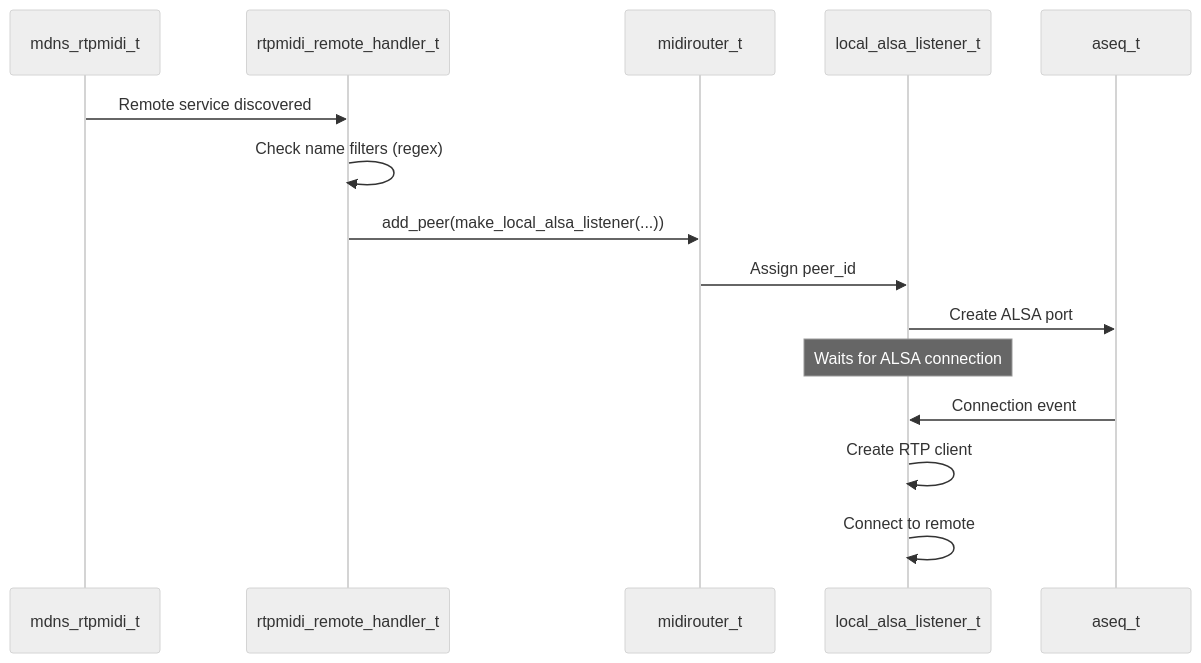
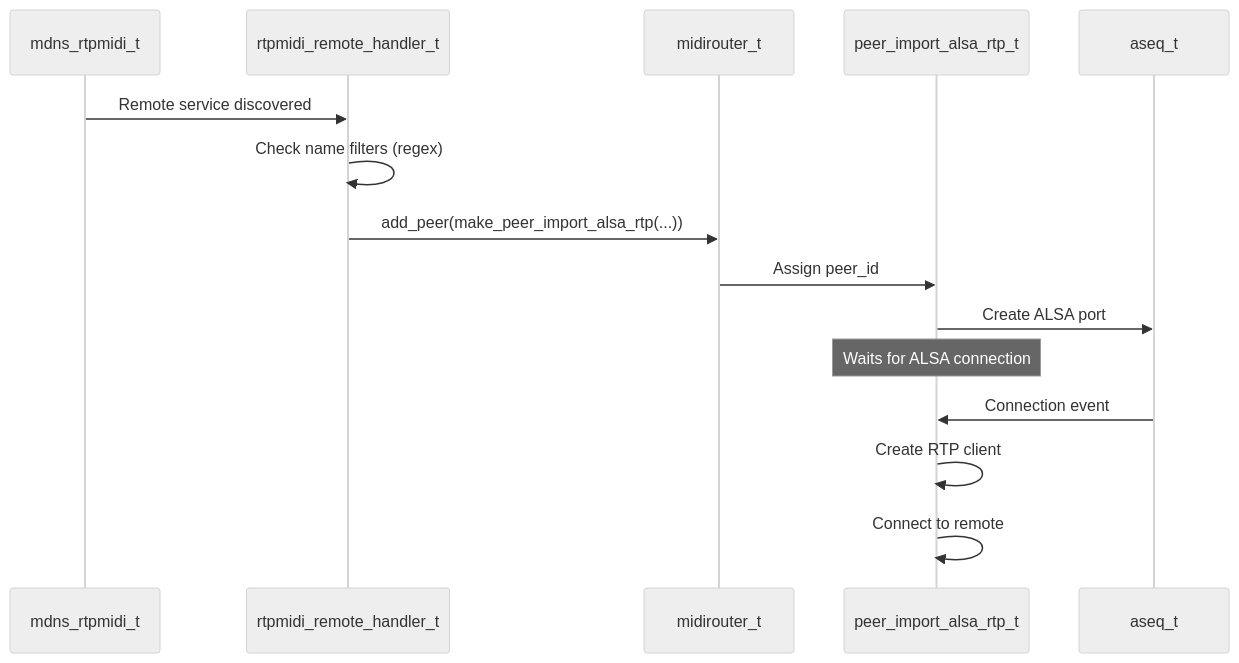
One commit to davidmoreno/rtpmidid changed the fifth of 5 diagrams in AGENTS.md. Above: the diagram before and after it, drawn with Mermaid (neutral theme). The commit also changed other lines of this file and 58 other files, not shown here.

````diff
--- a/AGENTS.md
+++ b/AGENTS.md
@@ -415,18 +415,18 @@
 ```mermaid
 sequenceDiagram
     participant mDNS as mdns_rtpmidi_t
     participant Handler as rtpmidi_remote_handler_t
     participant Router as midirouter_t
-    participant Listener as local_alsa_listener_t
+    participant Listener as peer_import_alsa_rtp_t
     participant ASEQ as aseq_t
     
     mDNS->>Handler: Remote service discovered
     Handler->>Handler: Check name filters (regex)
-    Handler->>Router: add_peer(make_local_alsa_listener(...))
+    Handler->>Router: add_peer(make_peer_import_alsa_rtp(...))
     Router->>Listener: Assign peer_id
     Listener->>ASEQ: Create ALSA port
     Note over Listener: Waits for ALSA connection
     ASEQ->>Listener: Connection event
     Listener->>Listener: Create RTP client
     Listener->>Listener: Connect to remote
 ```
````
